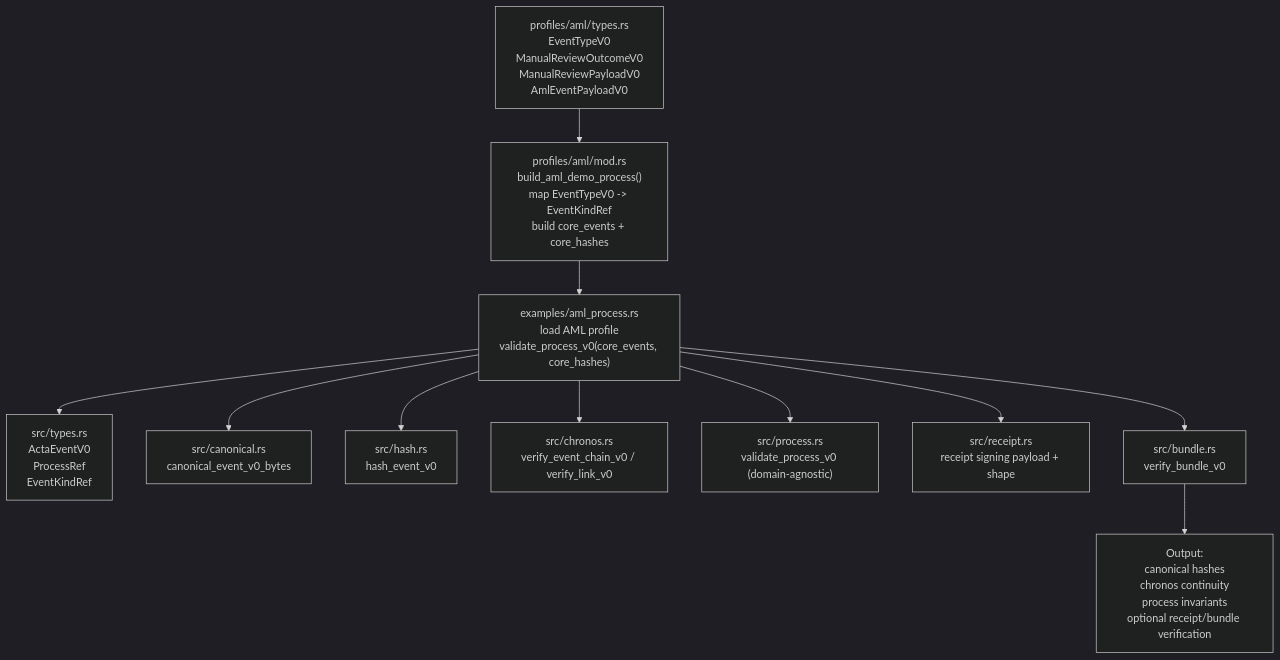
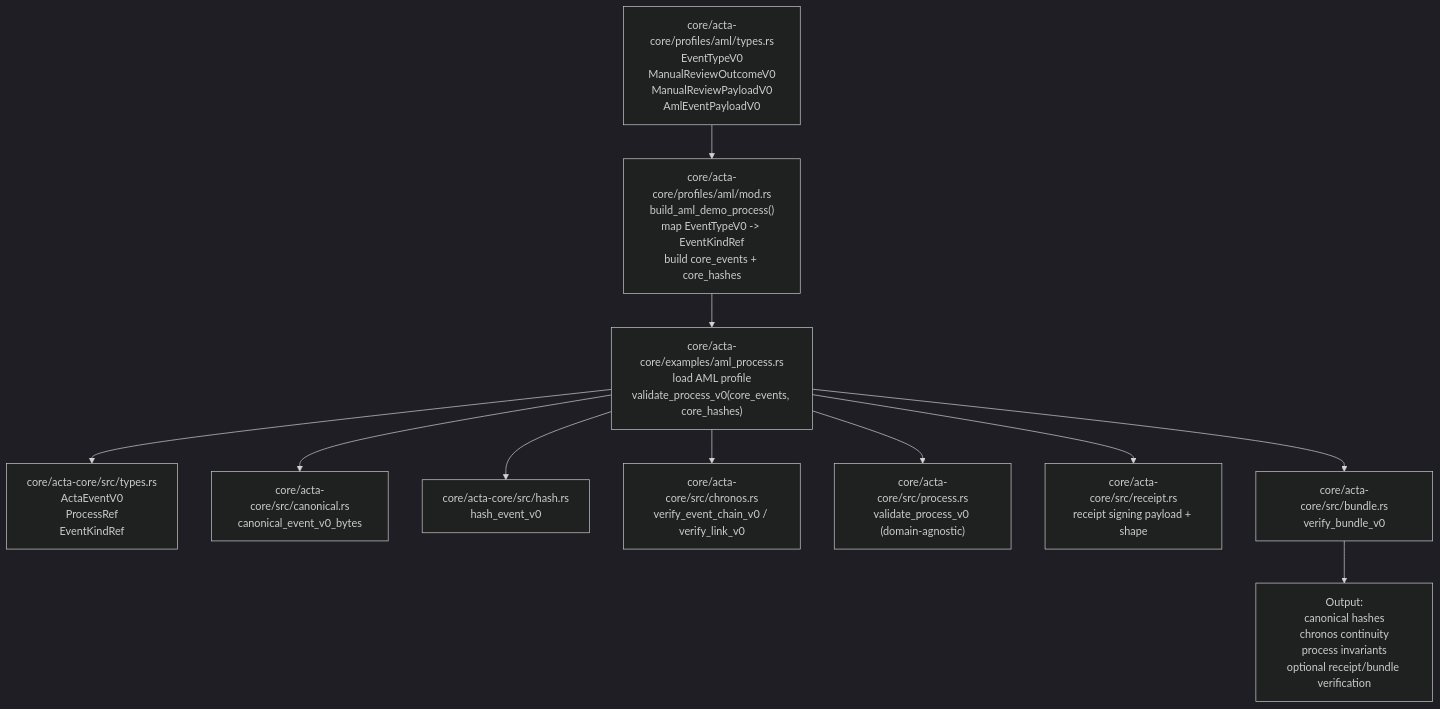
The diagram in README.md (Horizon-Code/acta-core), drawn with Mermaid (dark theme) before and after one commit.

Commit message:
fix routes mermaid

````diff
--- a/README.md
+++ b/README.md
@@ -14,15 +14,15 @@
 ```mermaid
 flowchart TD
-    A["profiles/aml/types.rs<br/>EventTypeV0<br/>ManualReviewOutcomeV0<br/>ManualReviewPayloadV0<br/>AmlEventPayloadV0"] --> B["profiles/aml/mod.rs<br/>build_aml_demo_process()<br/>map EventTypeV0 -> EventKindRef<br/>build core_events + core_hashes"]
-    B --> C["examples/aml_process.rs<br/>load AML profile<br/>validate_process_v0(core_events, core_hashes)"]
+    A["core/acta-core/profiles/aml/types.rs<br/>EventTypeV0<br/>ManualReviewOutcomeV0<br/>ManualReviewPayloadV0<br/>AmlEventPayloadV0"] --> B["core/acta-core/profiles/aml/mod.rs<br/>build_aml_demo_process()<br/>map EventTypeV0 -> EventKindRef<br/>build core_events + core_hashes"]
+    B --> C["core/acta-core/examples/aml_process.rs<br/>load AML profile<br/>validate_process_v0(core_events, core_hashes)"]
 
-    C --> D["src/types.rs<br/>ActaEventV0<br/>ProcessRef<br/>EventKindRef"]
-    C --> E["src/canonical.rs<br/>canonical_event_v0_bytes"]
-    C --> F["src/hash.rs<br/>hash_event_v0"]
-    C --> G["src/chronos.rs<br/>verify_event_chain_v0 / verify_link_v0"]
-    C --> H["src/process.rs<br/>validate_process_v0 (domain-agnostic)"]
-    C --> I["src/receipt.rs<br/>receipt signing payload + shape"]
-    C --> J["src/bundle.rs<br/>verify_bundle_v0"]
+    C --> D["core/acta-core/src/types.rs<br/>ActaEventV0<br/>ProcessRef<br/>EventKindRef"]
+    C --> E["core/acta-core/src/canonical.rs<br/>canonical_event_v0_bytes"]
+    C --> F["core/acta-core/src/hash.rs<br/>hash_event_v0"]
+    C --> G["core/acta-core/src/chronos.rs<br/>verify_event_chain_v0 / verify_link_v0"]
+    C --> H["core/acta-core/src/process.rs<br/>validate_process_v0 (domain-agnostic)"]
+    C --> I["core/acta-core/src/receipt.rs<br/>receipt signing payload + shape"]
+    C --> J["core/acta-core/src/bundle.rs<br/>verify_bundle_v0"]
 
     J --> K["Output:<br/>canonical hashes<br/>chronos continuity<br/>process invariants<br/>optional receipt/bundle verification"]
 ```
````
